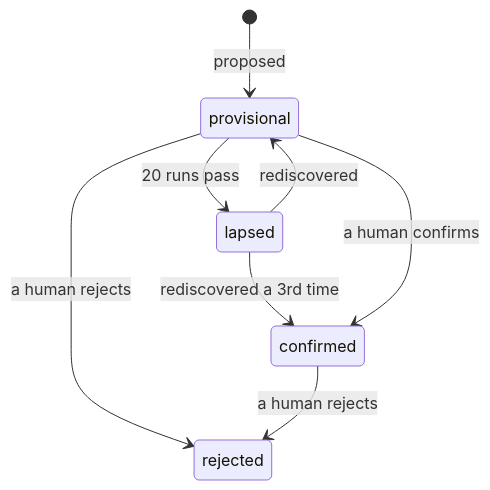
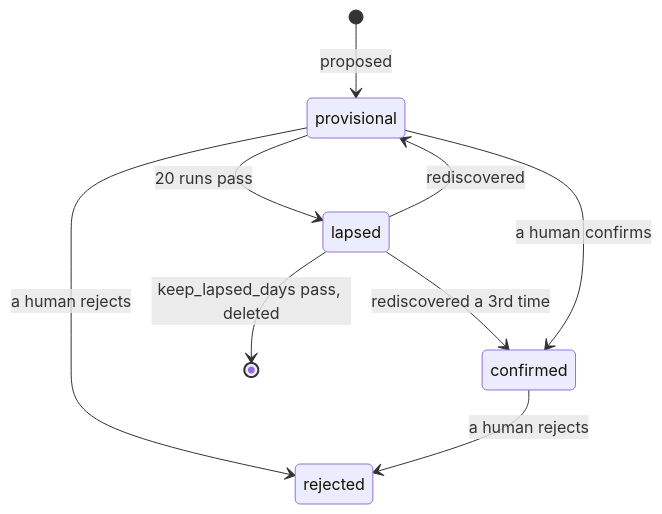
The diagram in book/src/learning.md (KotkaZ/layover-project), drawn with Mermaid before and after one commit. The commit also changed other lines of this file and 28 other files, not shown here.

````diff
--- a/book/src/learning.md
+++ b/book/src/learning.md
@@ -86,10 +86,11 @@
 ```mermaid
 stateDiagram-v2
     [*] --> provisional: proposed
     provisional --> lapsed: 20 runs pass
     lapsed --> provisional: rediscovered
     lapsed --> confirmed: rediscovered a 3rd time
+    lapsed --> [*]: keep_lapsed_days pass, deleted
     provisional --> confirmed: a human confirms
     provisional --> rejected: a human rejects
     confirmed --> rejected: a human rejects
 ```
````
